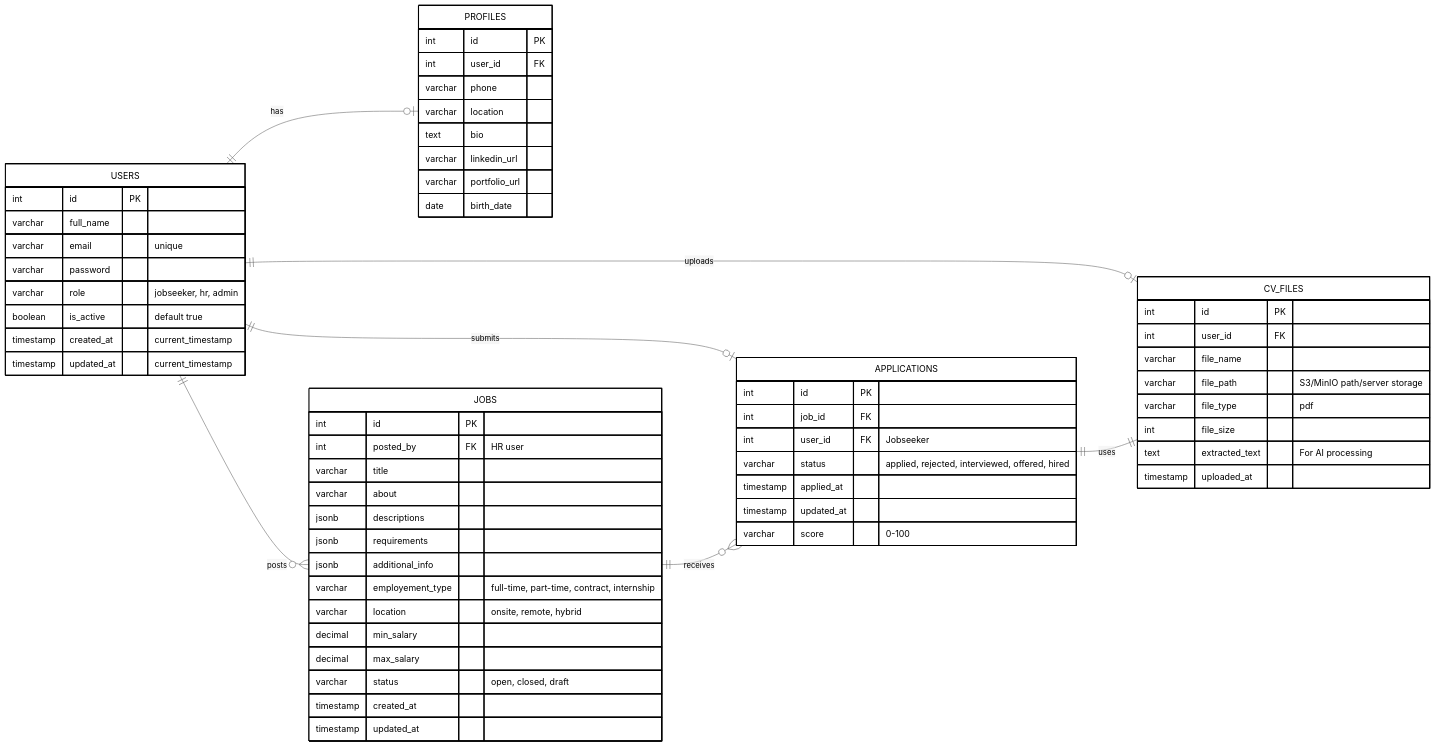
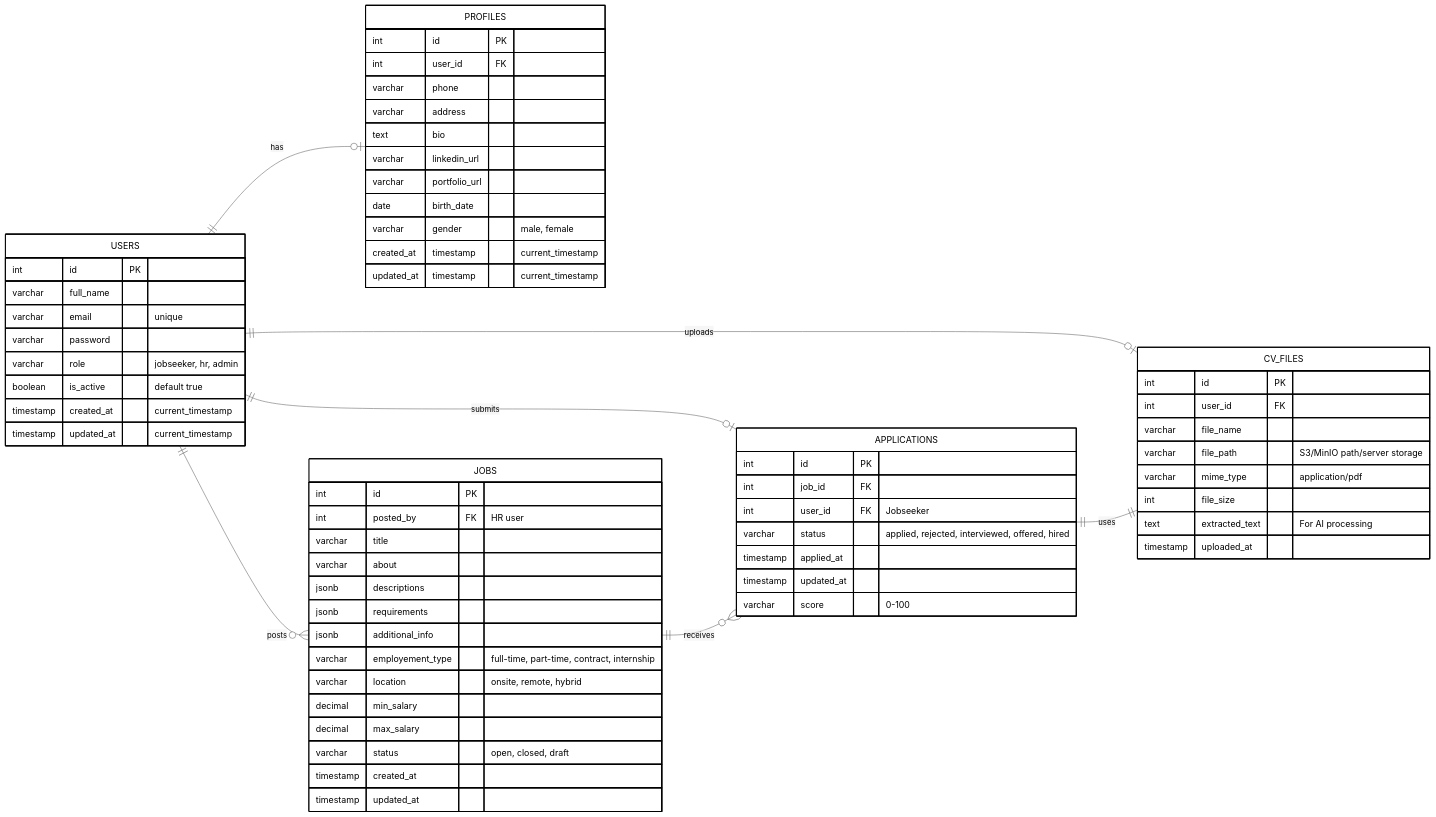
One commit to sepsarip/ats-project changed the diagram in erd.mermaid. Above: the diagram before and after it, drawn with Mermaid (neutral theme). The commit also changed 9 other files, not shown here.

```diff
--- a/erd.mermaid
+++ b/erd.mermaid
@@ -1,89 +1,92 @@
 erDiagram
     direction LR
     %% ==========================================
     %% USERS & AUTHENTICATION
     %% ==========================================
     USERS {
         int id PK
         varchar full_name
         varchar email "unique"
         varchar password
         varchar role "jobseeker, hr, admin"
         boolean is_active "default true"
         timestamp created_at "current_timestamp"
         timestamp updated_at "current_timestamp"
     }
 
     PROFILES {
         int id PK
         int user_id FK
         varchar phone
-        varchar location
+        varchar address
         text bio
         varchar linkedin_url
         varchar portfolio_url
         date birth_date
+        varchar gender "male, female"
+        created_at timestamp "current_timestamp"
+        updated_at timestamp "current_timestamp"
     }
 
     %% ==========================================
     %% JOB POSTINGS
     %% ==========================================
     JOBS {
         int id PK
         int posted_by FK "HR user"
         varchar title
         varchar about
         jsonb descriptions
         jsonb requirements
         jsonb additional_info
         varchar employement_type "full-time, part-time, contract, internship"
         varchar location "onsite, remote, hybrid"
         decimal min_salary
         decimal max_salary
         varchar status "open, closed, draft"
         timestamp created_at
         timestamp updated_at
     }
 
     %% ==========================================
     %% CANDIDATES & APPLICATIONS
     %% ==========================================
     APPLICATIONS {
         int id PK
         int job_id FK
         int user_id FK "Jobseeker"
         varchar status "applied, rejected, interviewed, offered, hired"
         timestamp applied_at
         timestamp updated_at
         varchar score "0-100"
     }
 
     %% ==========================================
     %% CV/RESUME STORAGE
     %% ==========================================
     CV_FILES {
         int id PK
         int user_id FK
         varchar file_name
         varchar file_path "S3/MinIO path/server storage"
-        varchar file_type "pdf"
+        varchar mime_type "application/pdf"
         int file_size
         text extracted_text "For AI processing"
         timestamp uploaded_at
     }
 
     %% ==========================================
     %% RELATIONSHIPS
     %% ==========================================
     USERS ||--o| PROFILES : "has"
     USERS ||--o| APPLICATIONS : "submits"
     USERS ||--o| CV_FILES : "uploads"
     USERS ||--o{ JOBS : "posts"
     JOBS ||--o{ APPLICATIONS : "receives"
     APPLICATIONS ||--|| CV_FILES : "uses"
 
     %% ==========================================
     %% STYLING (Background Putih, Garis Hitam, Text Hitam)
     %% ==========================================
     classDef default fill:#FFFFFF,stroke:#000000,stroke-width:2px,color:#000000
     class USER,PROFILES,SOBS,APPLICATIONS,CV_FILES default
```
